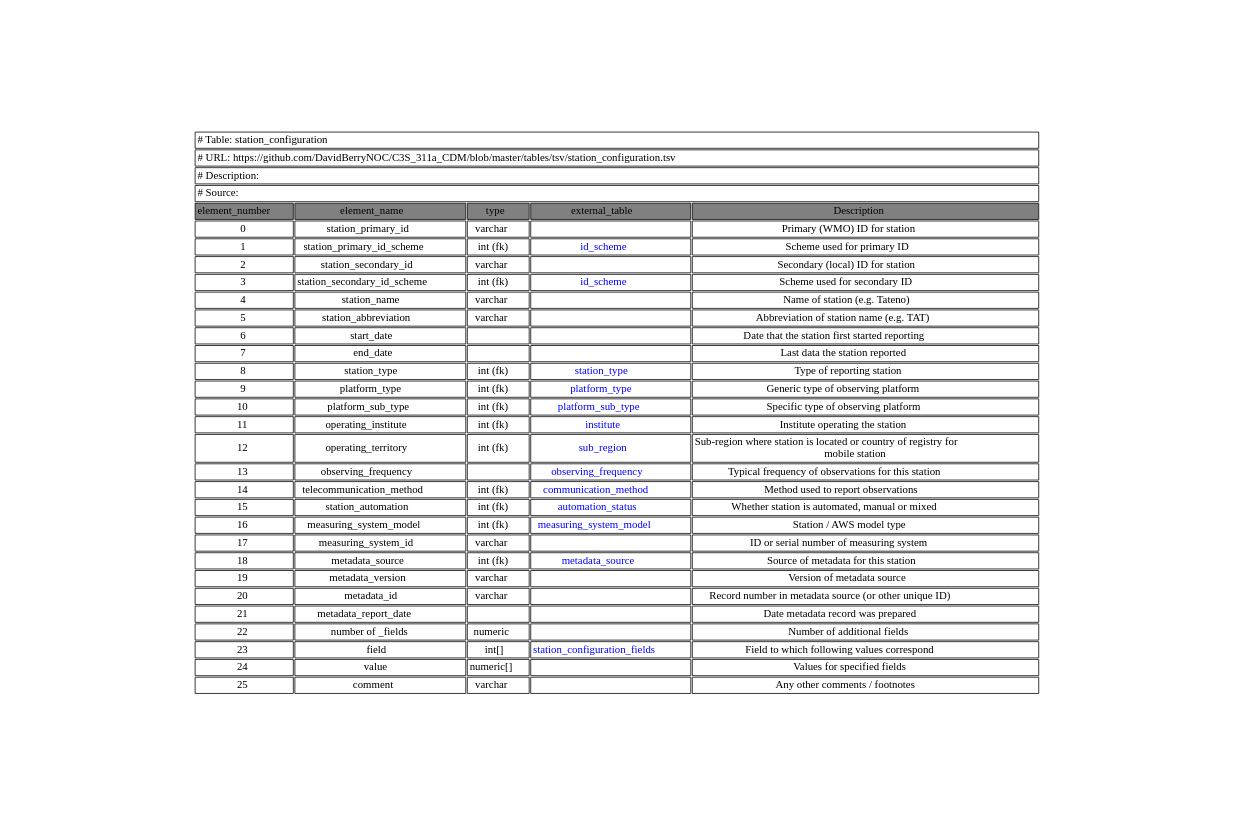
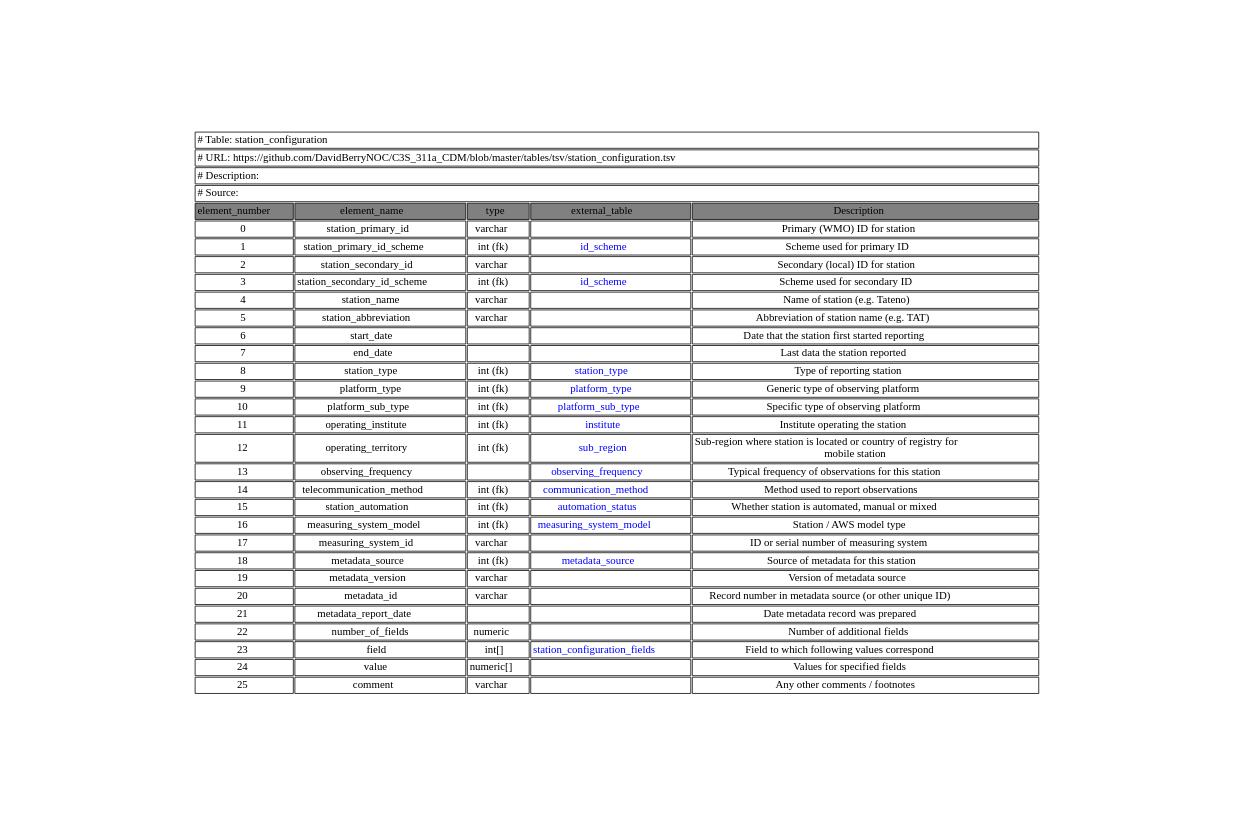
The diagram in graphviz/station_configuration.gv (glamod/common_data_model), drawn with Graphviz before and after one commit. The commit also changed 79 other files, not shown here.

```diff
--- a/graphviz/station_configuration.gv
+++ b/graphviz/station_configuration.gv
@@ -1,36 +1,36 @@
 digraph station_configuration {
 node [color=white]
 station_configuration [label=<<TABLE BORDER="0" CELLBORDER="1" CELLSPACING="2" COLOR="BLACK">
 <TR><TD COLSPAN="5" ALIGN="left" PORT="head"># Table: station_configuration</TD></TR>
 <TR><TD COLSPAN="5" ALIGN="left"># URL: https://github.com/DavidBerryNOC/C3S_311a_CDM/blob/master/tables/tsv/station_configuration.tsv</TD></TR>
 <TR><TD ALIGN="left" COLSPAN="5"># Description:</TD></TR>
 <TR><TD ALIGN="left" COLSPAN="5"># Source: </TD></TR>
 <TR><TD BGCOLOR="GRAY">element_number</TD><TD BGCOLOR="GRAY">element_name</TD><TD BGCOLOR="GRAY">type</TD><TD BGCOLOR="GRAY">external_table</TD><TD BGCOLOR="GRAY">Description</TD></TR>
 <TR><TD PORT="station_primary_idL">0</TD><TD>station_primary_id </TD><TD>varchar </TD><TD></TD><TD PORT="station_primary_idR">Primary (WMO) ID for station </TD></TR>
 <TR><TD PORT="station_primary_id_schemeL">1</TD><TD>station_primary_id_scheme </TD><TD>int (fk) </TD><TD HREF="https://github.com/DavidBerryNOC/C3S_311a_CDM/blob/master/tables/tsv/id_scheme.tsv"><FONT color="blue">id_scheme </FONT></TD><TD PORT="station_primary_id_schemeR">Scheme used for primary ID </TD></TR>
 <TR><TD PORT="station_secondary_idL">2</TD><TD>station_secondary_id </TD><TD>varchar </TD><TD></TD><TD PORT="station_secondary_idR">Secondary (local) ID for station </TD></TR>
 <TR><TD PORT="station_secondary_id_schemeL">3</TD><TD>station_secondary_id_scheme </TD><TD>int (fk) </TD><TD HREF="https://github.com/DavidBerryNOC/C3S_311a_CDM/blob/master/tables/tsv/id_scheme.tsv"><FONT color="blue">id_scheme </FONT></TD><TD PORT="station_secondary_id_schemeR">Scheme used for secondary ID </TD></TR>
 <TR><TD PORT="station_nameL">4</TD><TD>station_name </TD><TD>varchar </TD><TD></TD><TD PORT="station_nameR">Name of station (e.g. Tateno) </TD></TR>
 <TR><TD PORT="station_abbreviationL">5</TD><TD>station_abbreviation </TD><TD>varchar </TD><TD></TD><TD PORT="station_abbreviationR">Abbreviation of station name (e.g. TAT) </TD></TR>
 <TR><TD PORT="start_dateL">6</TD><TD>start_date </TD><TD></TD><TD></TD><TD PORT="start_dateR">Date that the station first started reporting </TD></TR>
 <TR><TD PORT="end_dateL">7</TD><TD>end_date </TD><TD></TD><TD></TD><TD PORT="end_dateR">Last data the station reported </TD></TR>
 <TR><TD PORT="station_typeL">8</TD><TD>station_type </TD><TD>int (fk) </TD><TD HREF="https://github.com/DavidBerryNOC/C3S_311a_CDM/blob/master/tables/tsv/station_type.tsv"><FONT color="blue">station_type </FONT></TD><TD PORT="station_typeR">Type of reporting station </TD></TR>
 <TR><TD PORT="platform_typeL">9</TD><TD>platform_type </TD><TD>int (fk) </TD><TD HREF="https://github.com/DavidBerryNOC/C3S_311a_CDM/blob/master/tables/tsv/platform_type.tsv"><FONT color="blue">platform_type </FONT></TD><TD PORT="platform_typeR">Generic type of observing platform </TD></TR>
 <TR><TD PORT="platform_sub_typeL">10</TD><TD>platform_sub_type </TD><TD>int (fk) </TD><TD HREF="https://github.com/DavidBerryNOC/C3S_311a_CDM/blob/master/tables/tsv/platform_sub_type.tsv"><FONT color="blue">platform_sub_type </FONT></TD><TD PORT="platform_sub_typeR">Specific type of observing platform </TD></TR>
 <TR><TD PORT="operating_instituteL">11</TD><TD>operating_institute </TD><TD>int (fk) </TD><TD HREF="https://github.com/DavidBerryNOC/C3S_311a_CDM/blob/master/tables/tsv/institute.tsv"><FONT color="blue">institute </FONT></TD><TD PORT="operating_instituteR">Institute operating the station </TD></TR>
 <TR><TD PORT="operating_territoryL">12</TD><TD>operating_territory </TD><TD>int (fk) </TD><TD HREF="https://github.com/DavidBerryNOC/C3S_311a_CDM/blob/master/tables/tsv/sub_region.tsv"><FONT color="blue">sub_region </FONT></TD><TD PORT="operating_territoryR">Sub-region where station is located or country of registry for <BR/>mobile station </TD></TR>
 <TR><TD PORT="observing_frequencyL">13</TD><TD>observing_frequency </TD><TD></TD><TD HREF="https://github.com/DavidBerryNOC/C3S_311a_CDM/blob/master/tables/tsv/observing_frequency.tsv"><FONT color="blue">observing_frequency </FONT></TD><TD PORT="observing_frequencyR">Typical frequency of observations for this station </TD></TR>
 <TR><TD PORT="telecommunication_methodL">14</TD><TD>telecommunication_method </TD><TD>int (fk) </TD><TD HREF="https://github.com/DavidBerryNOC/C3S_311a_CDM/blob/master/tables/tsv/communication_method.tsv"><FONT color="blue">communication_method </FONT></TD><TD PORT="telecommunication_methodR">Method used to report observations </TD></TR>
 <TR><TD PORT="station_automationL">15</TD><TD>station_automation </TD><TD>int (fk) </TD><TD HREF="https://github.com/DavidBerryNOC/C3S_311a_CDM/blob/master/tables/tsv/automation_status.tsv"><FONT color="blue">automation_status </FONT></TD><TD PORT="station_automationR">Whether station is automated, manual or mixed </TD></TR>
 <TR><TD PORT="measuring_system_modelL">16</TD><TD>measuring_system_model </TD><TD>int (fk) </TD><TD HREF="https://github.com/DavidBerryNOC/C3S_311a_CDM/blob/master/tables/tsv/measuring_system_model.tsv"><FONT color="blue">measuring_system_model </FONT></TD><TD PORT="measuring_system_modelR">Station / AWS model type </TD></TR>
 <TR><TD PORT="measuring_system_idL">17</TD><TD>measuring_system_id </TD><TD>varchar </TD><TD></TD><TD PORT="measuring_system_idR">ID or serial number of measuring system </TD></TR>
 <TR><TD PORT="metadata_sourceL">18</TD><TD>metadata_source </TD><TD>int (fk) </TD><TD HREF="https://github.com/DavidBerryNOC/C3S_311a_CDM/blob/master/tables/tsv/metadata_source.tsv"><FONT color="blue">metadata_source </FONT></TD><TD PORT="metadata_sourceR">Source of metadata for this station </TD></TR>
 <TR><TD PORT="metadata_versionL">19</TD><TD>metadata_version </TD><TD>varchar </TD><TD></TD><TD PORT="metadata_versionR">Version of metadata source </TD></TR>
 <TR><TD PORT="metadata_idL">20</TD><TD>metadata_id </TD><TD>varchar </TD><TD></TD><TD PORT="metadata_idR">Record number in metadata source (or other unique ID) </TD></TR>
 <TR><TD PORT="metadata_report_dateL">21</TD><TD>metadata_report_date </TD><TD></TD><TD></TD><TD PORT="metadata_report_dateR">Date metadata record was prepared </TD></TR>
-<TR><TD PORT="number of _fieldsL">22</TD><TD>number of _fields </TD><TD>numeric </TD><TD></TD><TD PORT="number of _fieldsR">Number of additional fields </TD></TR>
+<TR><TD PORT="number_of_fieldsL">22</TD><TD>number_of_fields </TD><TD>numeric </TD><TD></TD><TD PORT="number_of_fieldsR">Number of additional fields </TD></TR>
 <TR><TD PORT="fieldL">23</TD><TD>field </TD><TD>int[] </TD><TD HREF="https://github.com/DavidBerryNOC/C3S_311a_CDM/blob/master/tables/tsv/station_configuration_fields.tsv"><FONT color="blue">station_configuration_fields </FONT></TD><TD PORT="fieldR">Field to which following values correspond </TD></TR>
 <TR><TD PORT="valueL">24</TD><TD>value </TD><TD>numeric[] </TD><TD></TD><TD PORT="valueR">Values for specified fields </TD></TR>
 <TR><TD PORT="commentL">25</TD><TD>comment </TD><TD>varchar </TD><TD></TD><TD PORT="commentR">Any other comments / footnotes </TD></TR>
 </TABLE>>];
 }
```
